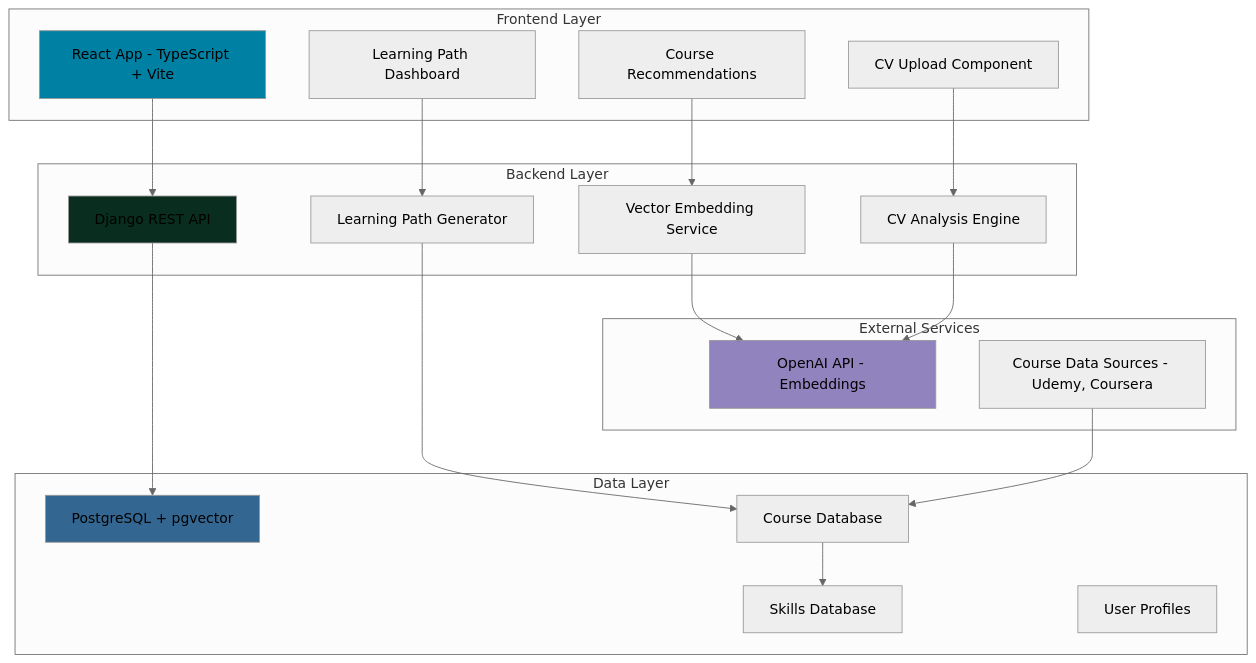
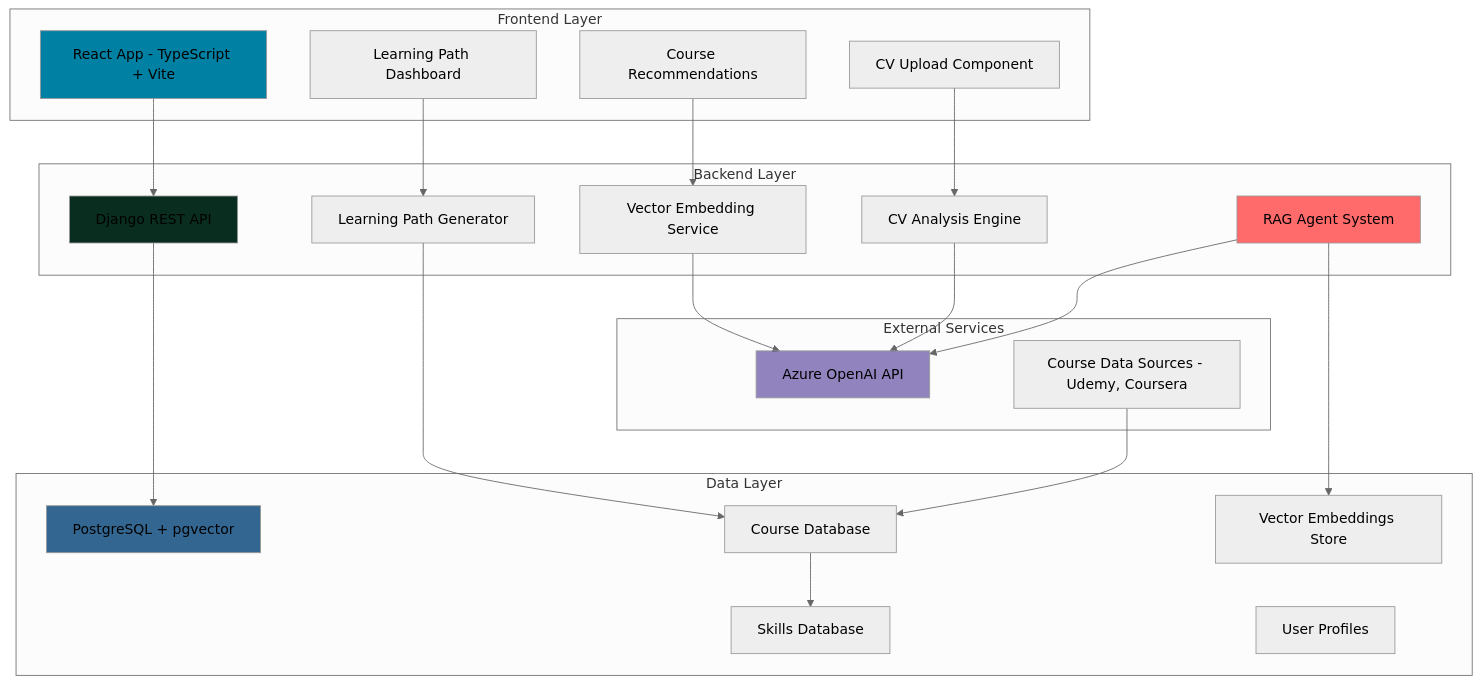
One commit to tuanpa2295/filip-hackathon changed the diagram in README.md. Above: the diagram before and after it, drawn with Mermaid (neutral theme). The commit also changed other lines of this file and 1 other file, not shown here.

````diff
--- a/README.md
+++ b/README.md
@@ -26,44 +38,49 @@
 ```mermaid
 graph TB
     subgraph "Frontend Layer"
         A[React App - TypeScript + Vite]
         B[CV Upload Component]
         C[Learning Path Dashboard]
         D[Course Recommendations]
     end
 
     subgraph "Backend Layer"
         E[Django REST API]
         F[Vector Embedding Service]
         G[CV Analysis Engine]
         H[Learning Path Generator]
+        I[RAG Agent System]
     end
 
     subgraph "Data Layer"
-        I[PostgreSQL + pgvector]
-        J[Course Database]
-        K[Skills Database]
-        L[User Profiles]
+        J[PostgreSQL + pgvector]
+        K[Course Database]
+        L[Skills Database]
+        M[User Profiles]
+        N[Vector Embeddings Store]
     end
 
     subgraph "External Services"
-        M[OpenAI API - Embeddings]
-        N[Course Data Sources - Udemy, Coursera]
+        O[Azure OpenAI API]
+        P[Course Data Sources - Udemy, Coursera]
     end
 
     A --> E
     B --> G
     C --> H
     D --> F
-    E --> I
-    F --> M
-    G --> M
-    H --> J
-    J --> K
-    N --> J
+    E --> J
+    F --> O
+    G --> O
+    H --> K
+    I --> O
+    I --> N
+    K --> L
+    P --> K
 
     style A fill:#0081A3
     style E fill:#092E20
-    style I fill:#336791
-    style M fill:#41299191
+    style J fill:#336791
+    style O fill:#41299191
+    style I fill:#FF6B6B
 ```
````
